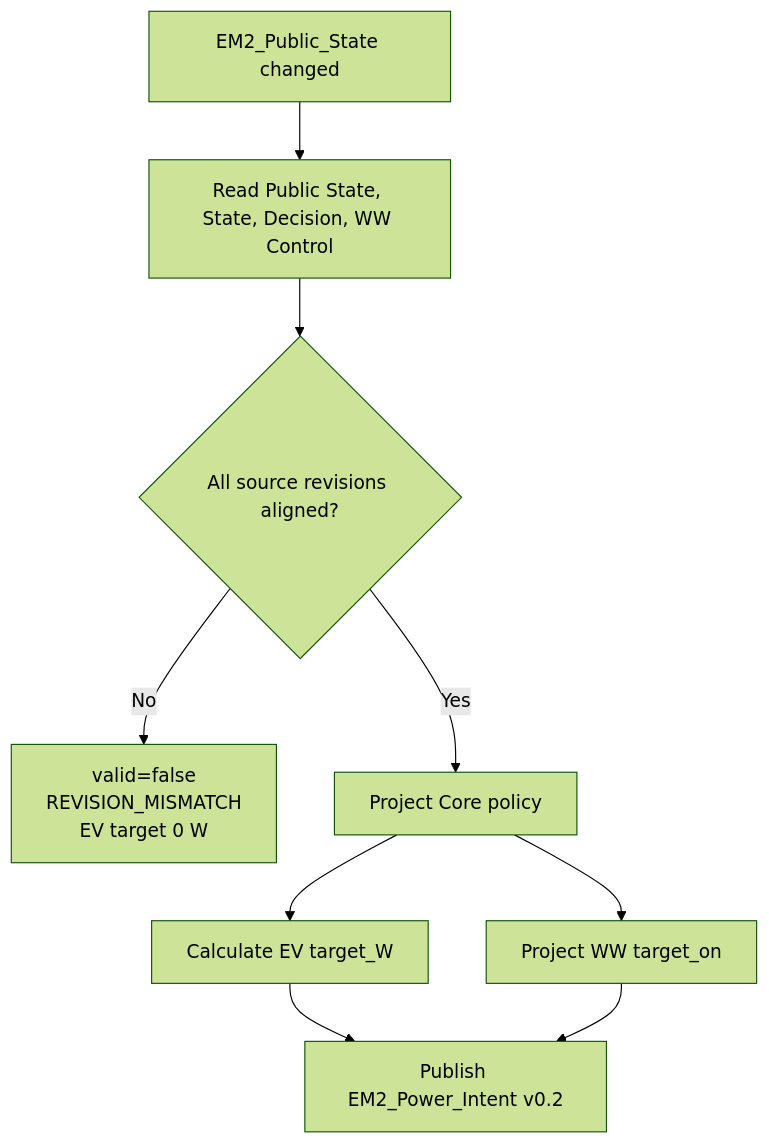
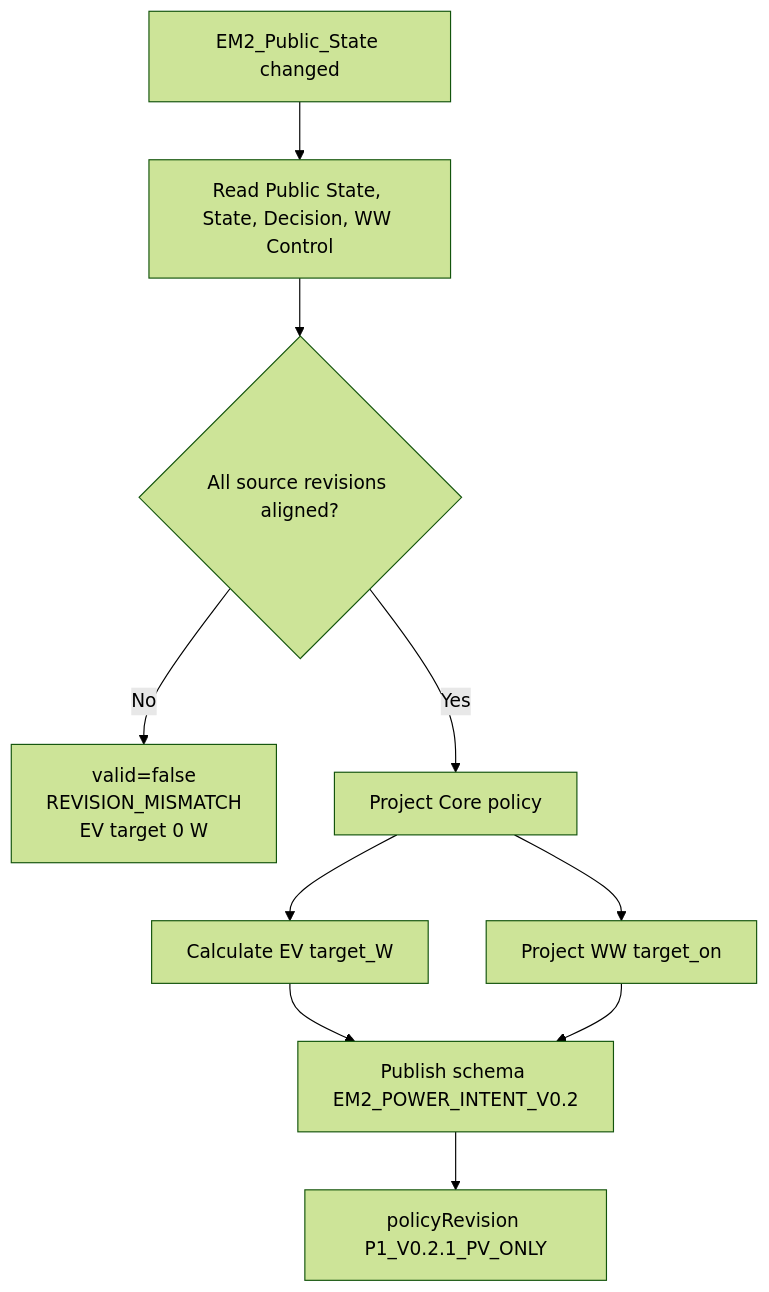
The fourth of 9 diagrams in docs/software-architecture/flows/planner-power-intent-flow.md (OnsKasteeltje/homey-energy-manual), drawn with Mermaid (forest theme) before and after one commit. The commit also changed other lines of this file and 2 other files, not shown here.

Commit message:
fix: enforce PV-only Tesla opportunity on current main

````diff
--- a/docs/software-architecture/flows/planner-power-intent-flow.md
+++ b/docs/software-architecture/flows/planner-power-intent-flow.md
@@ -168,13 +175,14 @@
 ```mermaid
 flowchart TD
     A[EM2_Public_State changed] --> B[Read Public State, State, Decision, WW Control]
     B --> C{All source revisions aligned?}
     C -->|No| D[valid=false
 REVISION_MISMATCH
 EV target 0 W]
     C -->|Yes| E[Project Core policy]
     E --> F[Calculate EV target_W]
     E --> G[Project WW target_on]
-    F --> H[Publish EM2_Power_Intent v0.2]
+    F --> H[Publish schema EM2_POWER_INTENT_V0.2]
     G --> H
+    H --> I[policyRevision P1_V0.2.1_PV_ONLY]
 ```
````
